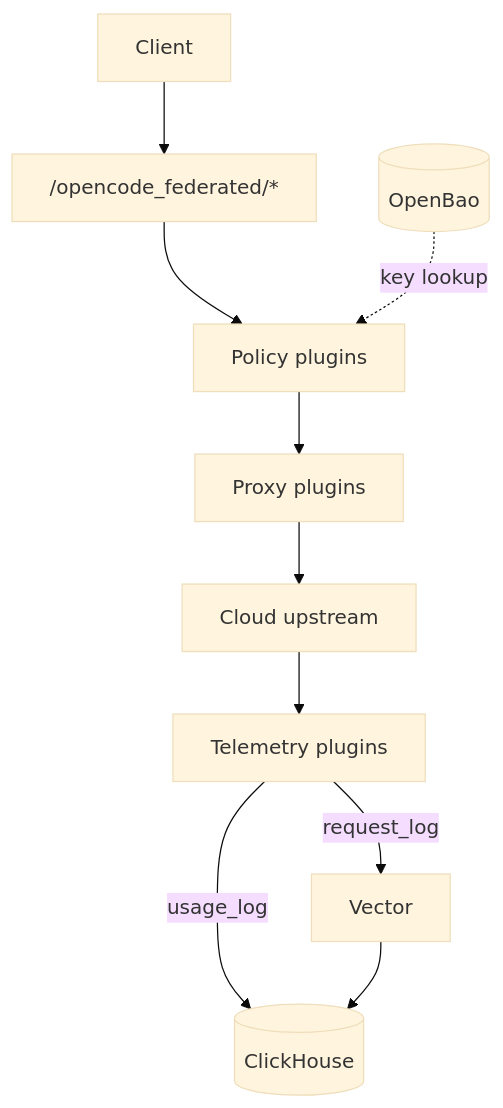
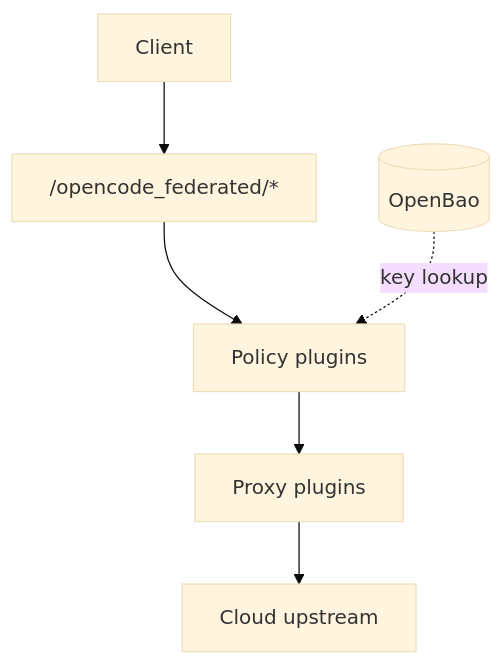
The second of 4 diagrams in README.md (Independent-AI-Labs/WORKSPACE-GATEWAY), drawn with Mermaid (base theme) before and after one commit. The commit also changed other lines of this file and 1 other file, not shown here.

First line of the commit message:
docs: split request path and telemetry into separate diagrams

````diff
--- a/README.md
+++ b/README.md
@@ -101,18 +101,12 @@
 ```mermaid
 flowchart TB
     Client[Client]
     Route["/opencode_federated/*"]
     Policy[Policy plugins]
     Proxy[Proxy plugins]
     Upstream[Cloud upstream]
-    Tele[Telemetry plugins]
-    CH[(ClickHouse)]
-    Vector[Vector]
     OpenBao[(OpenBao)]
 
-    Client --> Route --> Policy --> Proxy --> Upstream --> Tele
-    Tele -->|usage_log| CH
-    Tele -->|request_log| Vector
-    Vector --> CH
+    Client --> Route --> Policy --> Proxy --> Upstream
     OpenBao -.->|key lookup| Policy
 ```
````
